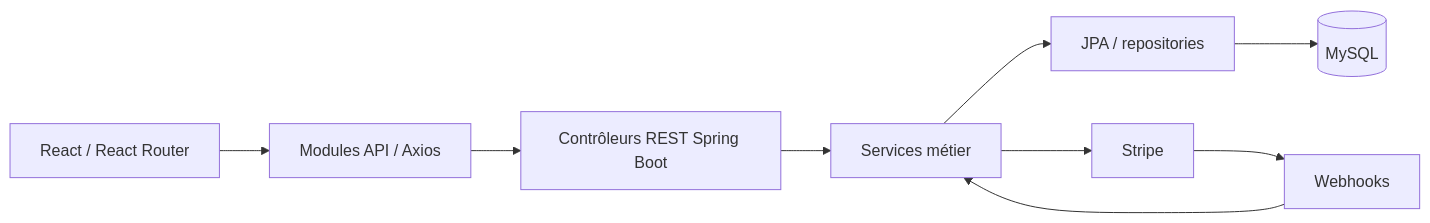
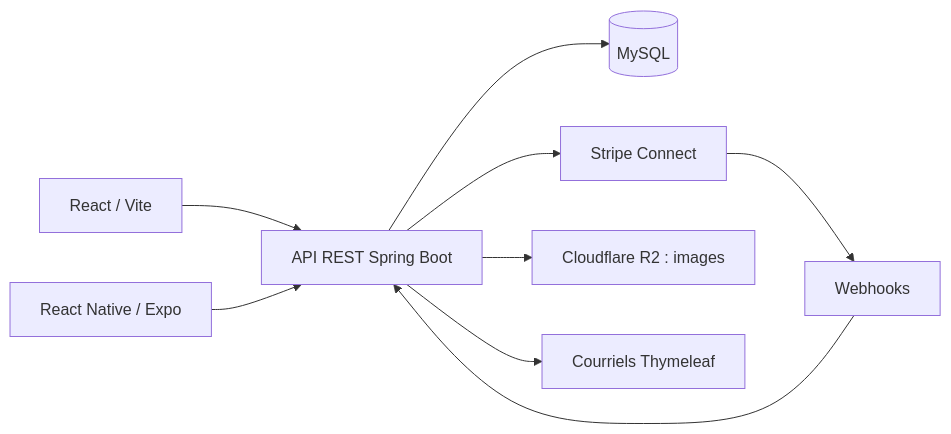
One commit to Azzam0v/azzam-portfolio changed the diagram in docs/PROJECTS.md. Above: the diagram before and after it, drawn with Mermaid. The commit also changed other lines of this file and 20 other files, not shown here.

````diff
--- a/docs/PROJECTS.md
+++ b/docs/PROJECTS.md
@@ -28,11 +34,10 @@
 ```mermaid
 flowchart LR
-  UI[React / React Router] --> API[Modules API / Axios]
-  API --> REST[Contrôleurs REST Spring Boot]
-  REST --> SERVICES[Services métier]
-  SERVICES --> DATA[JPA / repositories]
-  DATA --> DB[(MySQL)]
-  SERVICES --> STRIPE[Stripe]
-  STRIPE --> WEBHOOK[Webhooks]
-  WEBHOOK --> SERVICES
+  WEB[React / Vite] --> API[API REST Spring Boot]
+  MOBILE[React Native / Expo] --> API
+  API --> DB[(MySQL)]
+  API --> STRIPE[Stripe Connect]
+  STRIPE --> WEBHOOK[Webhooks] --> API
+  API --> R2[Cloudflare R2 : images]
+  API --> MAIL[Courriels Thymeleaf]
 ```
````
